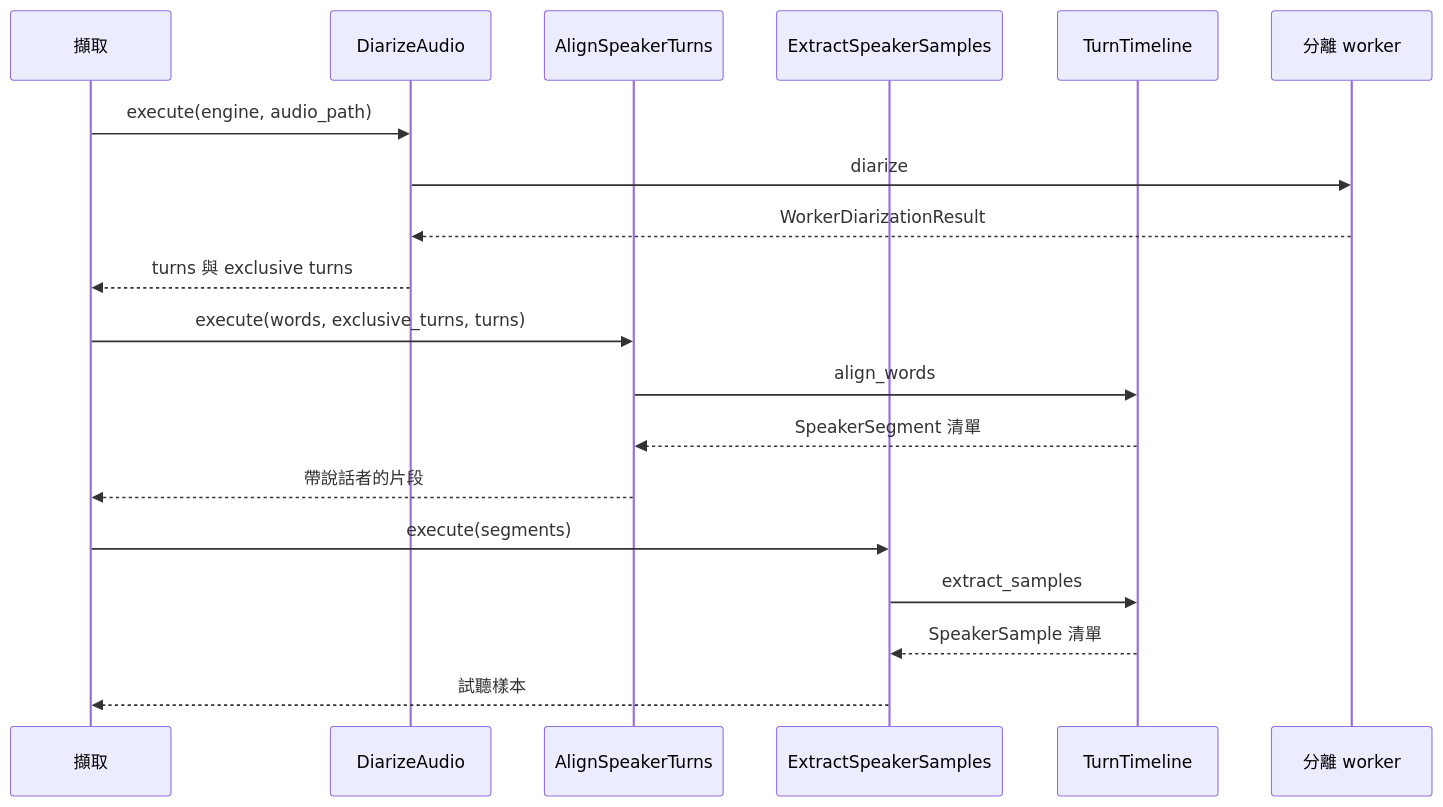
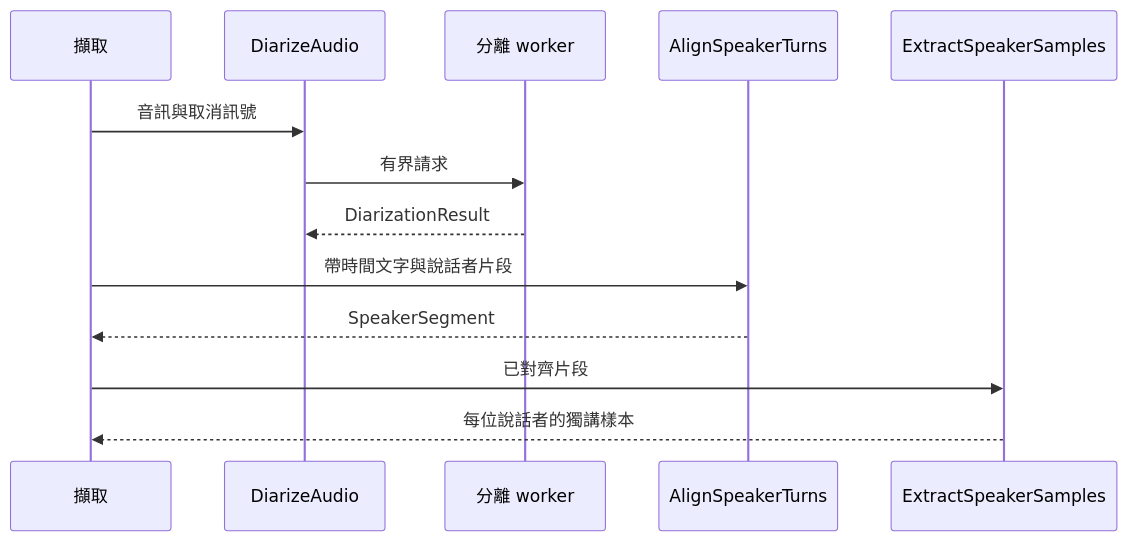
One commit to gx-capture/capture-workbench changed the second of 2 diagrams in docs/domain/diarization.md. Above: the diagram before and after it, drawn with Mermaid. The commit also changed other lines of this file and 46 other files, not shown here.

````diff
--- a/docs/domain/diarization.md
+++ b/docs/domain/diarization.md
@@ -61,21 +32,15 @@
 ```mermaid
 sequenceDiagram
   participant Capture as 擷取
-  participant DiarizeUC as DiarizeAudio
-  participant AlignUC as AlignSpeakerTurns
-  participant SampleUC as ExtractSpeakerSamples
-  participant Timeline as TurnTimeline
+  participant Diarize as DiarizeAudio
   participant Worker as 分離 worker
-  Capture->>DiarizeUC: execute(engine, audio_path)
-  DiarizeUC->>Worker: diarize
-  Worker-->>DiarizeUC: WorkerDiarizationResult
-  DiarizeUC-->>Capture: turns 與 exclusive turns
-  Capture->>AlignUC: execute(words, exclusive_turns, turns)
-  AlignUC->>Timeline: align_words
-  Timeline-->>AlignUC: SpeakerSegment 清單
-  AlignUC-->>Capture: 帶說話者的片段
-  Capture->>SampleUC: execute(segments)
-  SampleUC->>Timeline: extract_samples
-  Timeline-->>SampleUC: SpeakerSample 清單
-  SampleUC-->>Capture: 試聽樣本
+  participant Align as AlignSpeakerTurns
+  participant Samples as ExtractSpeakerSamples
+  Capture->>Diarize: 音訊與取消訊號
+  Diarize->>Worker: 有界請求
+  Worker-->>Diarize: DiarizationResult
+  Capture->>Align: 帶時間文字與說話者片段
+  Align-->>Capture: SpeakerSegment
+  Capture->>Samples: 已對齊片段
+  Samples-->>Capture: 每位說話者的獨講樣本
 ```
````
